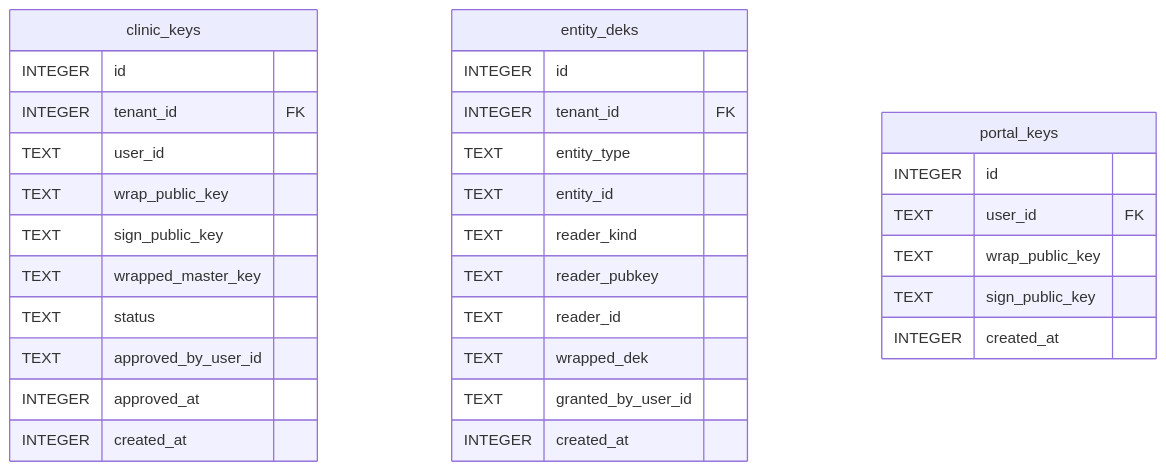
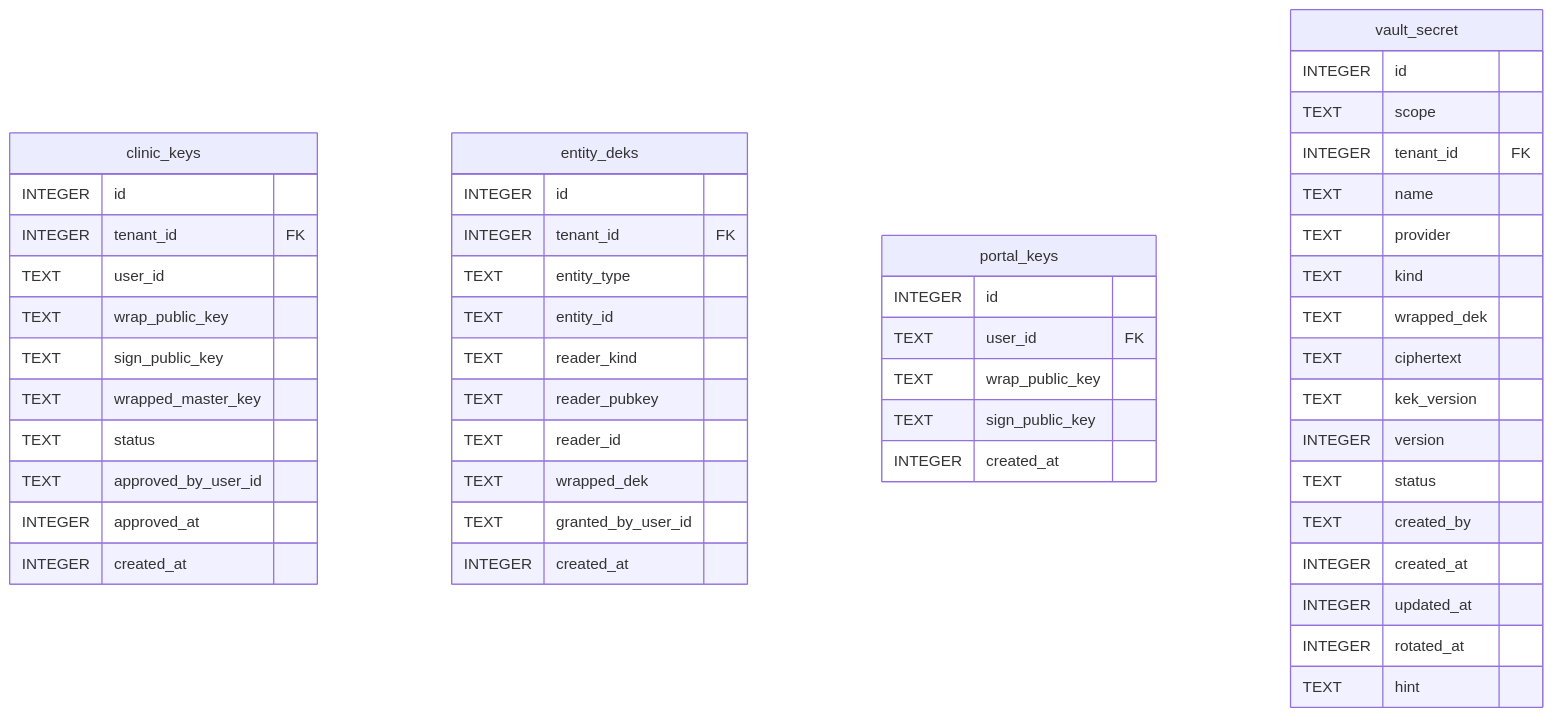
Before and after one commit to ktbhealth/docs: the diagram in content/docs/pt-BR/developers/plugins/vault/reference/schema.mmd, drawn with Mermaid. The commit also changed 61 other files, not shown here.

First line of the commit message:
docs(erd): machines, vault_secret, ai-model, ai-prompt domains (product main)

```diff
--- a/content/docs/pt-BR/developers/plugins/vault/reference/schema.mmd
+++ b/content/docs/pt-BR/developers/plugins/vault/reference/schema.mmd
@@ -1,34 +1,52 @@
 erDiagram
 
 
 "clinic_keys" {
   INTEGER id
   INTEGER tenant_id FK
   TEXT user_id
   TEXT wrap_public_key
   TEXT sign_public_key
   TEXT wrapped_master_key
   TEXT status
   TEXT approved_by_user_id
   INTEGER approved_at
   INTEGER created_at
 }
 "entity_deks" {
   INTEGER id
   INTEGER tenant_id FK
   TEXT entity_type
   TEXT entity_id
   TEXT reader_kind
   TEXT reader_pubkey
   TEXT reader_id
   TEXT wrapped_dek
   TEXT granted_by_user_id
   INTEGER created_at
 }
 "portal_keys" {
   INTEGER id
   TEXT user_id FK
   TEXT wrap_public_key
   TEXT sign_public_key
   INTEGER created_at
 }
+"vault_secret" {
+  INTEGER id
+  TEXT scope
+  INTEGER tenant_id FK
+  TEXT name
+  TEXT provider
+  TEXT kind
+  TEXT wrapped_dek
+  TEXT ciphertext
+  TEXT kek_version
+  INTEGER version
+  TEXT status
+  TEXT created_by
+  INTEGER created_at
+  INTEGER updated_at
+  INTEGER rotated_at
+  TEXT hint
+}
```
